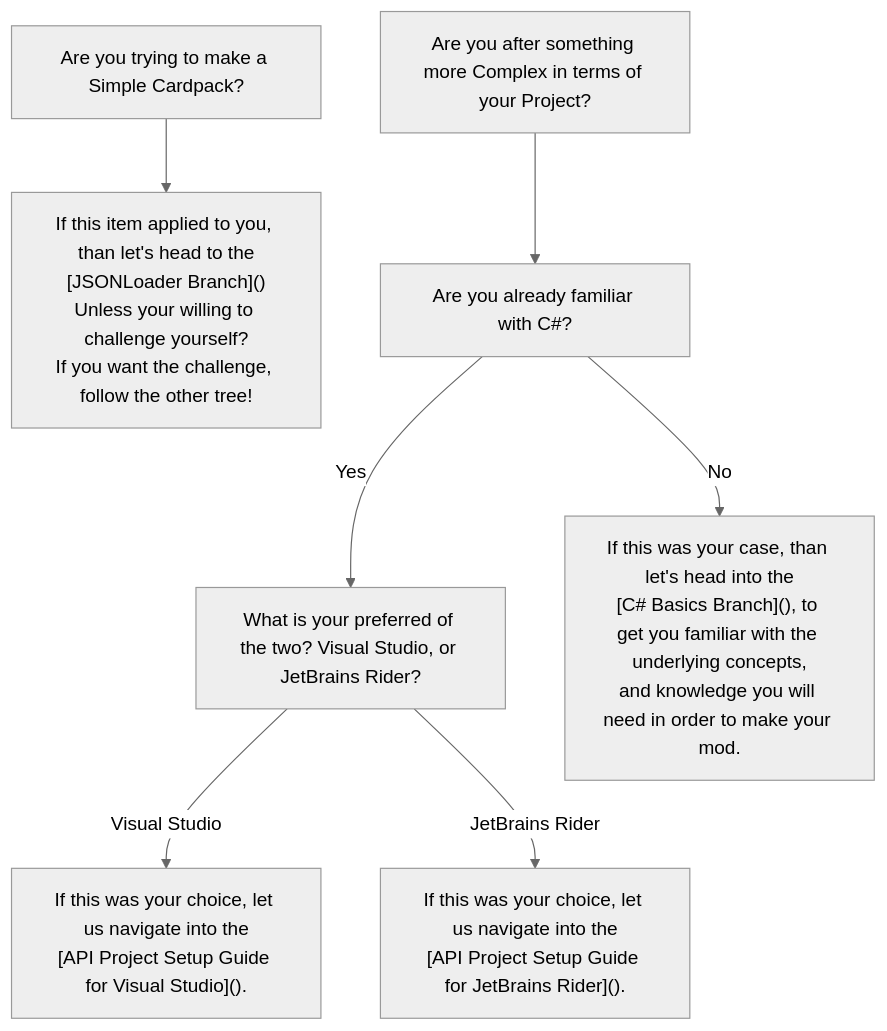
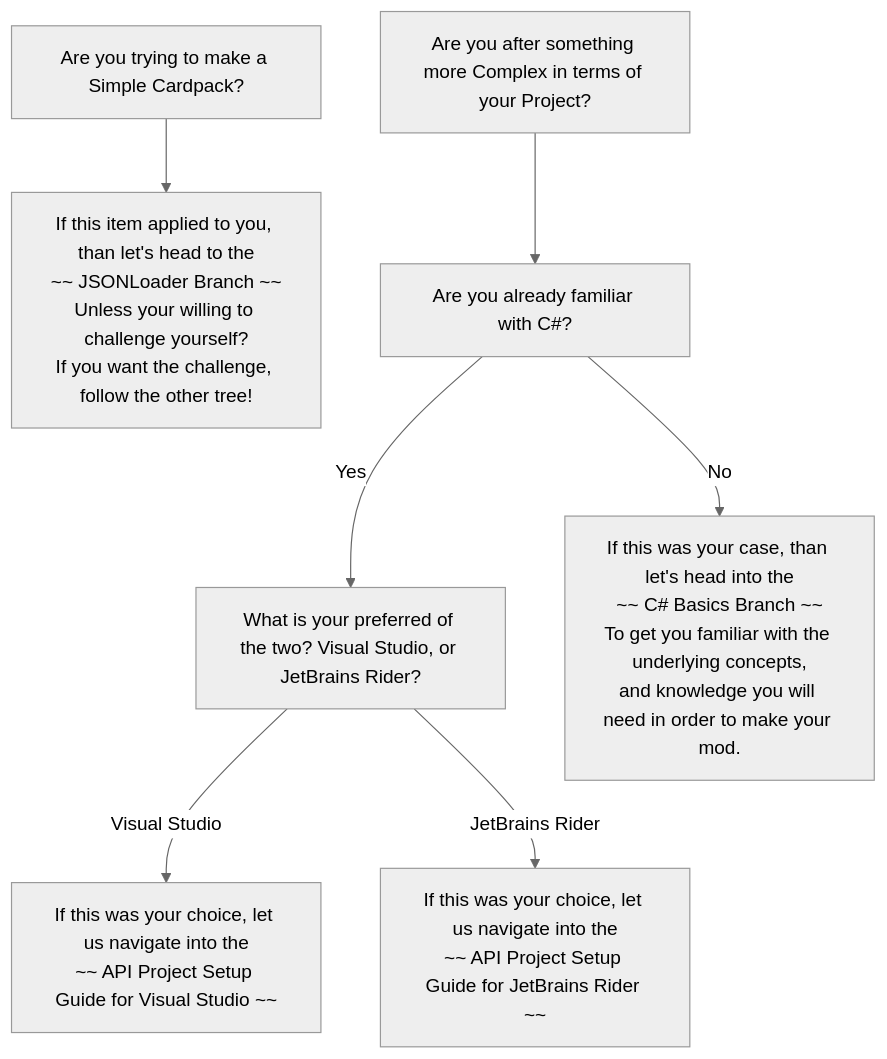
One commit to InscryptionModding/InscryptionAPI changed the diagram in docs/wiki/getting_started/modders/index.md. Above: the diagram before and after it, drawn with Mermaid (neutral theme). The commit also changed 2 other files, not shown here.

Commit message:
Yet Again More Mermaid

````diff
--- a/docs/wiki/getting_started/modders/index.md
+++ b/docs/wiki/getting_started/modders/index.md
@@ -7,19 +7,19 @@
 ```mermaid
 flowchart TD
     A["Are you trying to make a Simple Cardpack?"]
-    A --> A1["If this item applied to you, than let's head to the<br/>[JSONLoader Branch]()<br/>Unless your willing to challenge yourself?<br/>If you want the challenge, follow the other tree!"]
+    A --> A1["If this item applied to you, than let's head to the<br/>~~ JSONLoader Branch ~~<br/>Unless your willing to challenge yourself?<br/>If you want the challenge, follow the other tree!"]
 
     B["Are you after something more Complex in terms of your Project?"]
     B --> C["Are you already familiar with C#?"]
 
     C -->|Yes| D["What is your preferred of the two? Visual Studio, or JetBrains Rider?"]
-    C -->|No| C1["If this was your case, than let's head into the<br/>[C# Basics Branch](), to get you familiar with the underlying concepts,<br/>and knowledge you will need in order to make your mod."]
+    C -->|No| C1["If this was your case, than let's head into the<br/>~~ C# Basics Branch ~~</br>To get you familiar with the underlying concepts,<br/>and knowledge you will need in order to make your mod."]
 
-    D -->|Visual Studio| D1["If this was your choice, let us navigate into the<br/>[API Project Setup Guide for Visual Studio]()."]
-    D -->|JetBrains Rider| D2["If this was your choice, let us navigate into the<br/>[API Project Setup Guide for JetBrains Rider]()."]
+    D -->|Visual Studio| D1["If this was your choice, let us navigate into the<br/>~~ API Project Setup Guide for Visual Studio ~~"]
+    D -->|JetBrains Rider| D2["If this was your choice, let us navigate into the<br/>~~ API Project Setup Guide for JetBrains Rider ~~"]
 
     click A1 "jsonloader_projects/index.md" "Open JSONLoader Branch"
     click C1 "c_sharp_basics/index.md" "Open C# Basics Branch"
     click D1 "api_projects_vs_edition/index.md" "Open Visual Studio Setup Guide"
     click D2 "api_projects_rider_edition/index.md" "Open JetBrains Rider Setup Guide"
 ```
````
